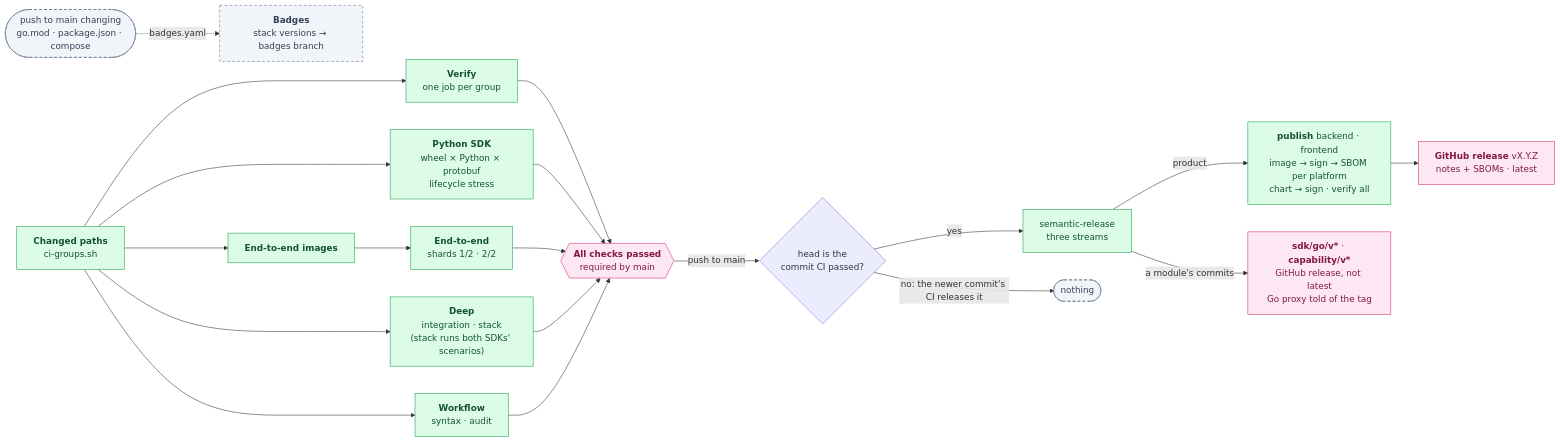
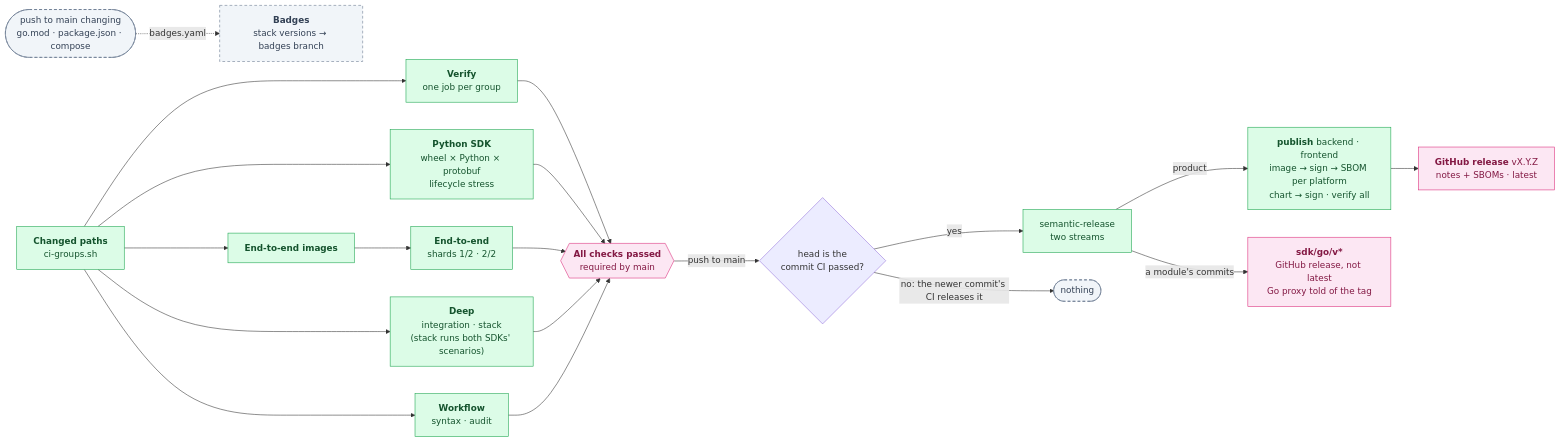
The diagram in docs/how-changes-land.md (oleg-tkachuk/paladin), drawn with Mermaid before and after one commit. The commit also changed other lines of this file and 15 other files, not shown here.

````diff
--- a/docs/how-changes-land.md
+++ b/docs/how-changes-land.md
@@ -37,34 +36,34 @@
 ```mermaid
 flowchart LR
     chg["<b>Changed paths</b><br/>ci-groups.sh"]
     v["<b>Verify</b><br/>one job per group"]
     py["<b>Python SDK</b><br/>wheel × Python × protobuf<br/>lifecycle stress"]
     img["<b>End-to-end images</b>"]
     e2e["<b>End-to-end</b><br/>shards 1/2 · 2/2"]
     deep["<b>Deep</b><br/>integration · stack<br/>(stack runs both SDKs' scenarios)"]
     wf["<b>Workflow</b><br/>syntax · audit"]
     ok{{"<b>All checks passed</b><br/>required by main"}}
     head{"head is the<br/>commit CI passed?"}
-    tag["semantic-release<br/>three streams"]
+    tag["semantic-release<br/>two streams"]
     pub["<b>publish</b> backend · frontend<br/>image → sign → SBOM per platform<br/>chart → sign · verify all"]
     ann["<b>GitHub release</b> vX.Y.Z<br/>notes + SBOMs · latest"]
-    mods["<b>sdk/go/v*</b> · <b>capability/v*</b><br/>GitHub release, not latest<br/>Go proxy told of the tag"]
+    mods["<b>sdk/go/v*</b><br/>GitHub release, not latest<br/>Go proxy told of the tag"]
     badges["<b>Badges</b><br/>stack versions → badges branch"]
 
     chg --> v & py & img & deep & wf
     img --> e2e
     v & py & e2e & deep & wf --> ok
     ok -- "push to main" --> head
     head -- yes --> tag
     tag -- "product" --> pub --> ann
     tag -- "a module's commits" --> mods
     head -- "no: the newer commit's CI releases it" --> skip(["nothing"])
     pin(["push to main changing<br/>go.mod · package.json · compose"]) -. "badges.yaml" .-> badges
 
     classDef role fill:#DCFCE7,stroke:#16A34A,color:#14532D
     classDef optional fill:#F1F5F9,stroke:#64748B,color:#334155,stroke-dasharray:5 4
     classDef external fill:#FCE7F3,stroke:#DB2777,color:#831843
     class chg,v,py,img,e2e,deep,wf,tag,pub role
     class skip,badges,pin optional
     class ok,ann,mods external
 ```
````
